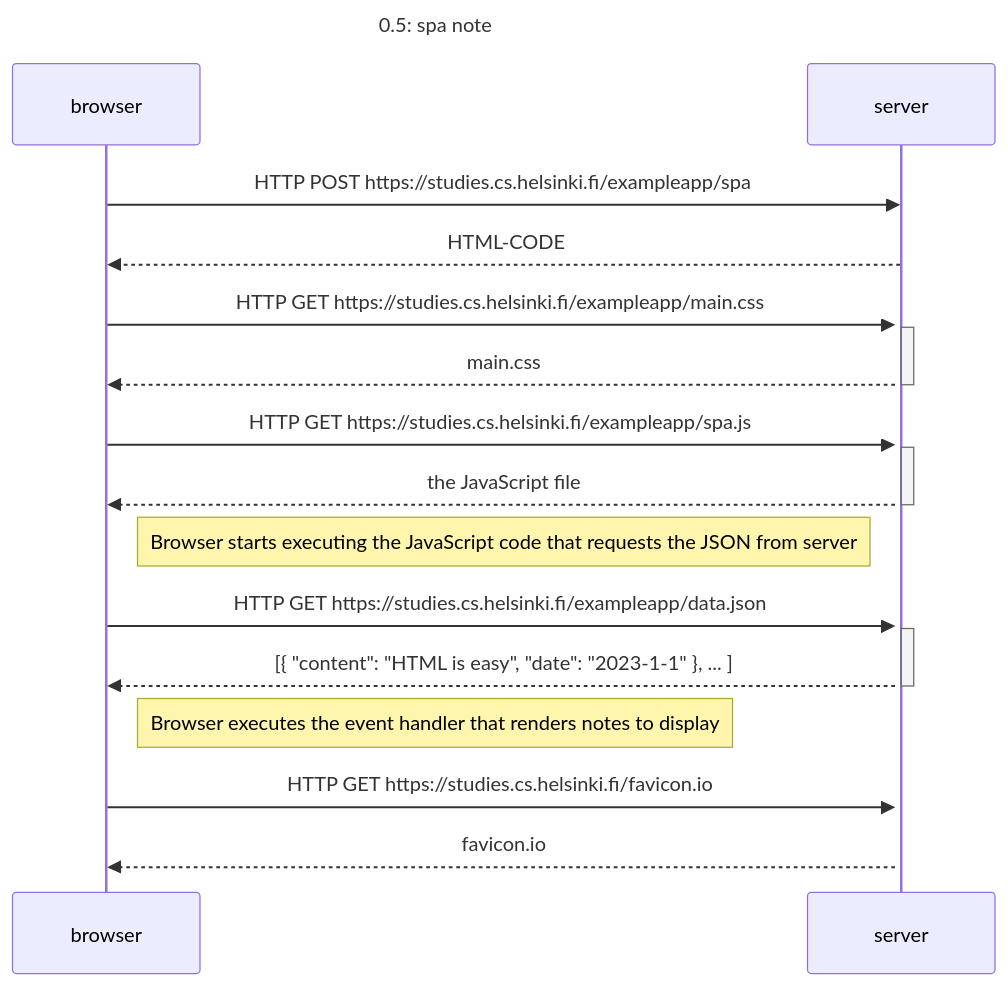
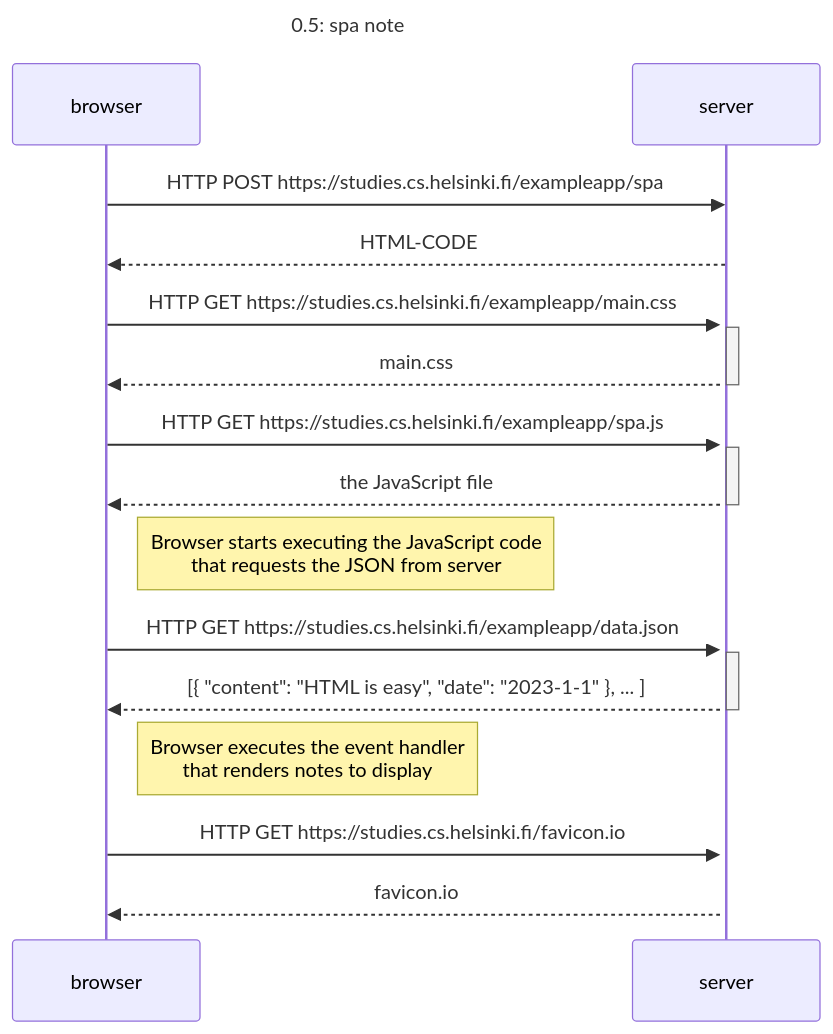
The diagram in part0/0.5.md (Leagian/Full-Stack-Open-Exercises), drawn with Mermaid before and after one commit. The commit also changed 1 other file, not shown here.

Commit message:
part0 06.md

````diff
--- a/part0/0.5.md
+++ b/part0/0.5.md
@@ -3,31 +3,31 @@
 ```mermaid
 sequenceDiagram
     Title: 0.5: spa note
 
     browser->>server: HTTP POST https://studies.cs.helsinki.fi/exampleapp/spa
 
     server-->>browser: HTML-CODE
     activate server
     browser->>server: HTTP GET https://studies.cs.helsinki.fi/exampleapp/main.css
     activate server
     server-->>browser: main.css
     deactivate server
 
     browser->>server: HTTP GET https://studies.cs.helsinki.fi/exampleapp/spa.js
     activate server
     server-->>browser: the JavaScript file
     deactivate server
 
-    Note right of browser: Browser starts executing the JavaScript code that requests the JSON from server
+    Note right of browser: Browser starts executing the JavaScript code <br> that requests the JSON from server
 
     browser->>server: HTTP GET https://studies.cs.helsinki.fi/exampleapp/data.json
     activate server
     server-->>browser: [{ "content": "HTML is easy", "date": "2023-1-1" }, ... ]
     deactivate server
 
-    Note right of browser: Browser executes the event handler that renders notes to display
+    Note right of browser: Browser executes the event handler <br> that renders notes to display
 
     browser->>server: HTTP GET https://studies.cs.helsinki.fi/favicon.io
     activate server
     server-->>browser: favicon.io
 ```
````
